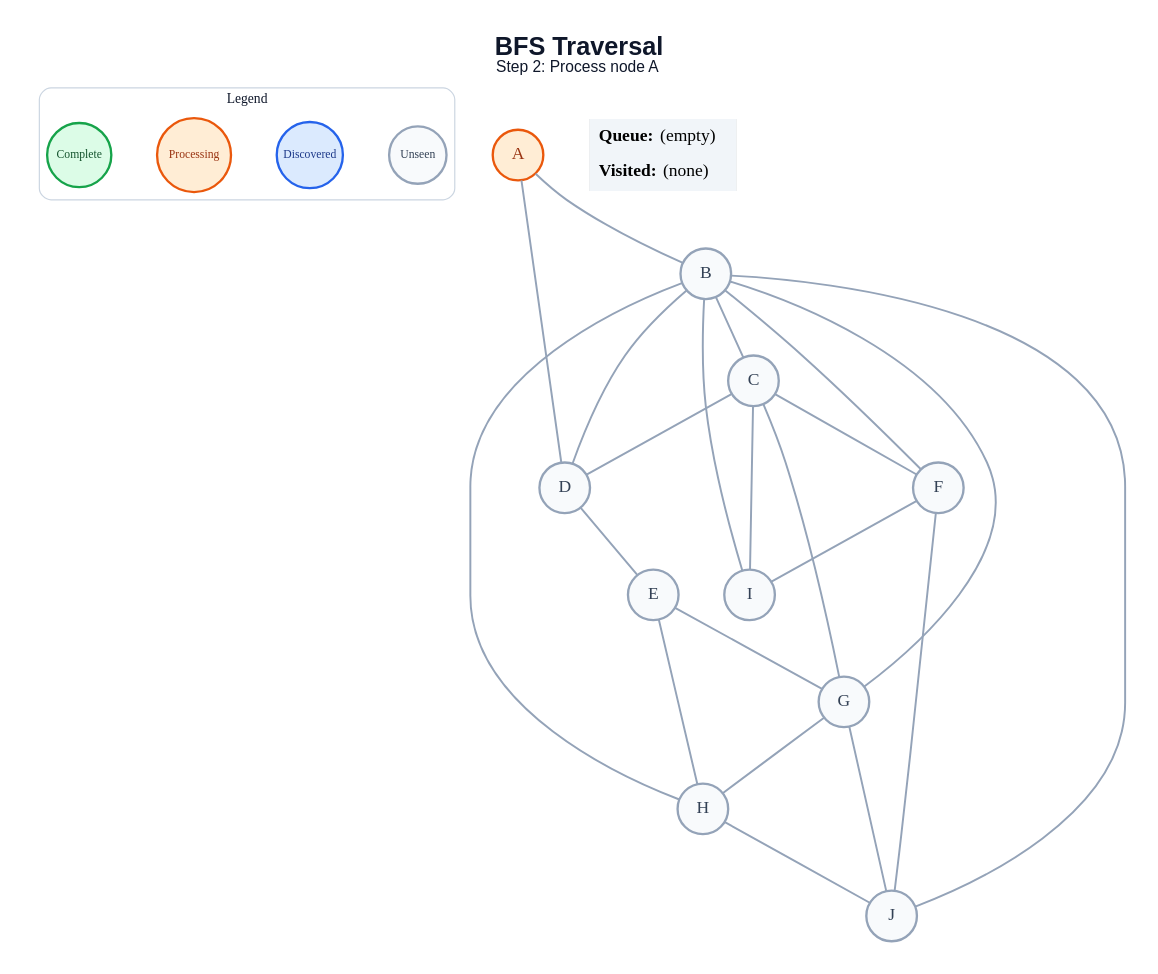
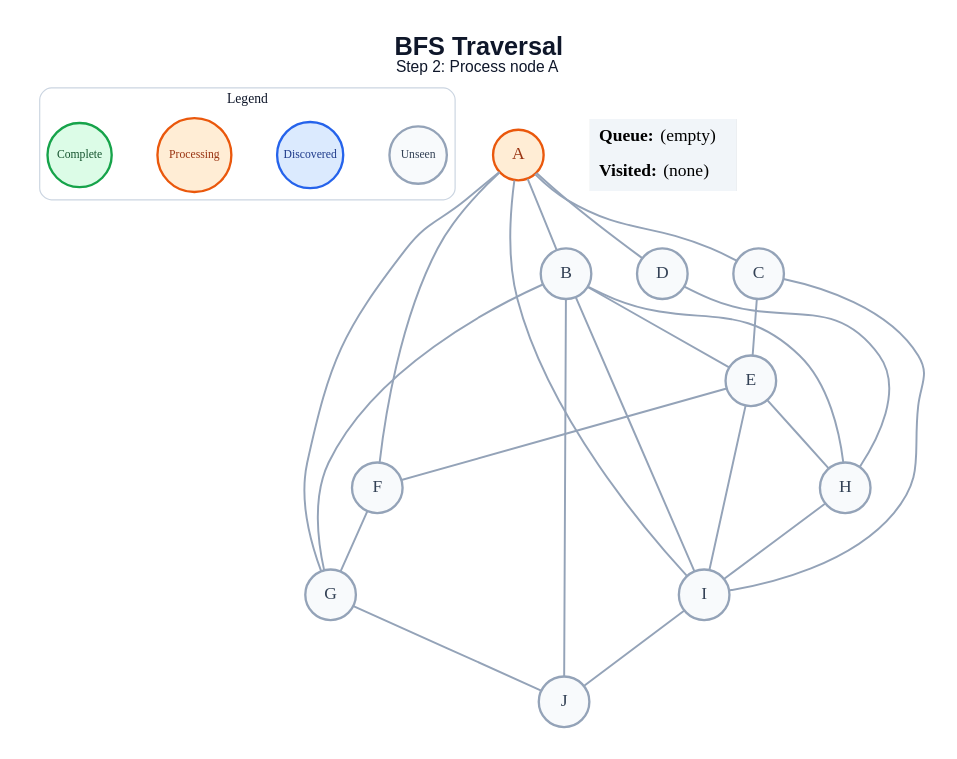
Before and after one commit to amanghodawala9/ai-slop: the diagram in generated/bfs/step_02.dot, drawn with Graphviz. The commit also changed 178 other files, not shown here.

```diff
--- a/generated/bfs/step_02.dot
+++ b/generated/bfs/step_02.dot
@@ -1,50 +1,50 @@
 graph traversal {
   graph [layout=dot, rankdir=TB, bgcolor="#FFFFFF", pad="0.35", nodesep="0.65", ranksep="0.8", fontname="Arial"];
   node [shape=circle, style="filled", fontname="Arial Bold", fontsize=18, width=0.72, fixedsize=true, penwidth=2.4];
   edge [color="#94A3B8", penwidth=2.0];
   label=<<B>BFS Traversal</B><BR/><FONT POINT-SIZE="16">Step 2: Process node A</FONT>>; labelloc="t"; fontsize=26; fontname="Arial"; fontcolor="#0F172A";
   subgraph cluster_legend { label="Legend"; color="#CBD5E1"; penwidth=1.2; style="rounded"; fontsize=14; fontname="Arial Bold";
     key_unseen [label="Unseen", fillcolor="#F8FAFC", color="#94A3B8", fontcolor="#334155", fontsize=12, width=0.82];
     key_frontier [label="Discovered", fillcolor="#DBEAFE", color="#2563EB", fontcolor="#1E3A8A", fontsize=12, width=0.95];
     key_current [label="Processing", fillcolor="#FFEDD5", color="#EA580C", fontcolor="#9A3412", fontsize=12, width=1.05];
     key_done [label="Complete", fillcolor="#DCFCE7", color="#16A34A", fontcolor="#14532D", fontsize=12, width=0.92];
     { rank=same; key_unseen; key_frontier; key_current; key_done; }
   }
   A [fillcolor="#FFEDD5", color="#EA580C", fontcolor="#9A3412"];
   B [fillcolor="#F8FAFC", color="#94A3B8", fontcolor="#334155"];
   C [fillcolor="#F8FAFC", color="#94A3B8", fontcolor="#334155"];
   D [fillcolor="#F8FAFC", color="#94A3B8", fontcolor="#334155"];
   E [fillcolor="#F8FAFC", color="#94A3B8", fontcolor="#334155"];
   F [fillcolor="#F8FAFC", color="#94A3B8", fontcolor="#334155"];
   G [fillcolor="#F8FAFC", color="#94A3B8", fontcolor="#334155"];
   H [fillcolor="#F8FAFC", color="#94A3B8", fontcolor="#334155"];
   I [fillcolor="#F8FAFC", color="#94A3B8", fontcolor="#334155"];
   J [fillcolor="#F8FAFC", color="#94A3B8", fontcolor="#334155"];
   A -- B;
+  A -- C;
   A -- D;
-  B -- C;
-  B -- D;
-  B -- F;
+  A -- F;
+  A -- G;
+  A -- I;
+  B -- E;
   B -- G;
   B -- H;
   B -- I;
   B -- J;
-  C -- D;
-  C -- F;
-  C -- G;
+  C -- E;
   C -- I;
-  D -- E;
-  E -- G;
+  D -- H;
+  E -- F;
   E -- H;
-  F -- I;
-  F -- J;
-  G -- H;
+  E -- I;
+  F -- G;
   G -- J;
-  H -- J;
+  H -- I;
+  I -- J;
   status [shape=plain, fixedsize=false, width=0, height=0, margin=0, label=<
     <TABLE BORDER="0" CELLBORDER="0" CELLPADDING="7" BGCOLOR="#F1F5F9">
       <TR><TD ALIGN="LEFT"><B>Queue:</B> (empty)</TD></TR>
       <TR><TD ALIGN="LEFT"><B>Visited:</B> (none)</TD></TR>
     </TABLE>
   >];
 }
```
